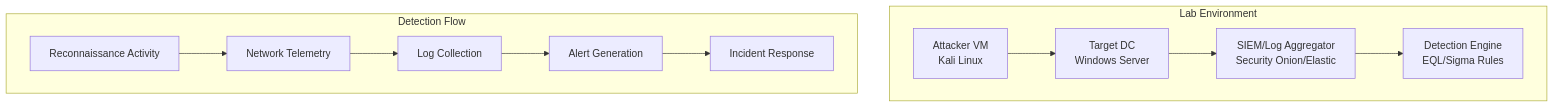
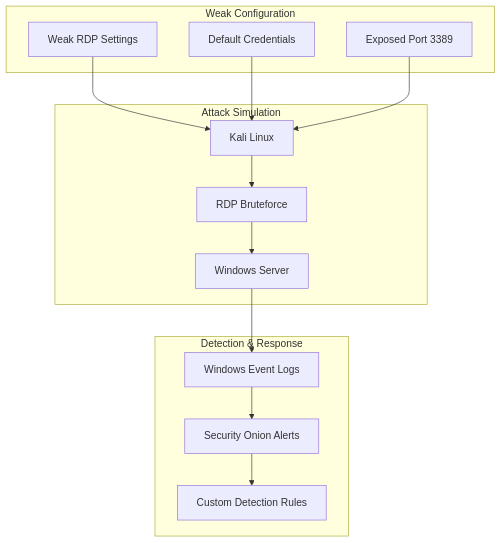
One commit to Dmokom1/weak-rdp-bruteforce-dc changed the diagram in README.md. Above: the diagram before and after it, drawn with Mermaid.

Commit message:
Update diagram to match project focus (weak RDP configuration detection)

````diff
--- a/README.md
+++ b/README.md
@@ -56,15 +56,26 @@
 ```mermaid
 graph TD
-    subgraph "Lab Environment"
-        A[Attacker VM<br/>Kali Linux] --> B[Target DC<br/>Windows Server]
-        B --> C[SIEM/Log Aggregator<br/>Security Onion/Elastic]
-        C --> D[Detection Engine<br/>EQL/Sigma Rules]
+    subgraph "Weak Configuration"
+        A[Weak RDP Settings]
+        B[Default Credentials]
+        C[Exposed Port 3389]
     end
     
-    subgraph "Detection Flow"
-        E[Reconnaissance Activity] --> F[Network Telemetry]
-        F --> G[Log Collection]
-        G --> H[Alert Generation]
-        H --> I[Incident Response]
+    subgraph "Attack Simulation"
+        D[Kali Linux] --> E[RDP Bruteforce]
+        E --> F[Windows Server]
     end
+    
+    subgraph "Detection & Response"
+        G[Windows Event Logs]
+        H[Security Onion Alerts]
+        I[Custom Detection Rules]
+    end
+    
+    A --> D
+    B --> D
+    C --> D
+    F --> G
+    G --> H
+    H --> I
 ```
````
